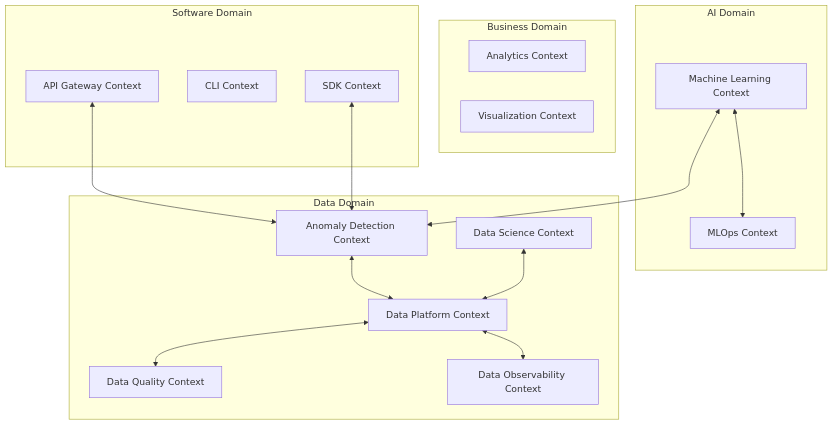
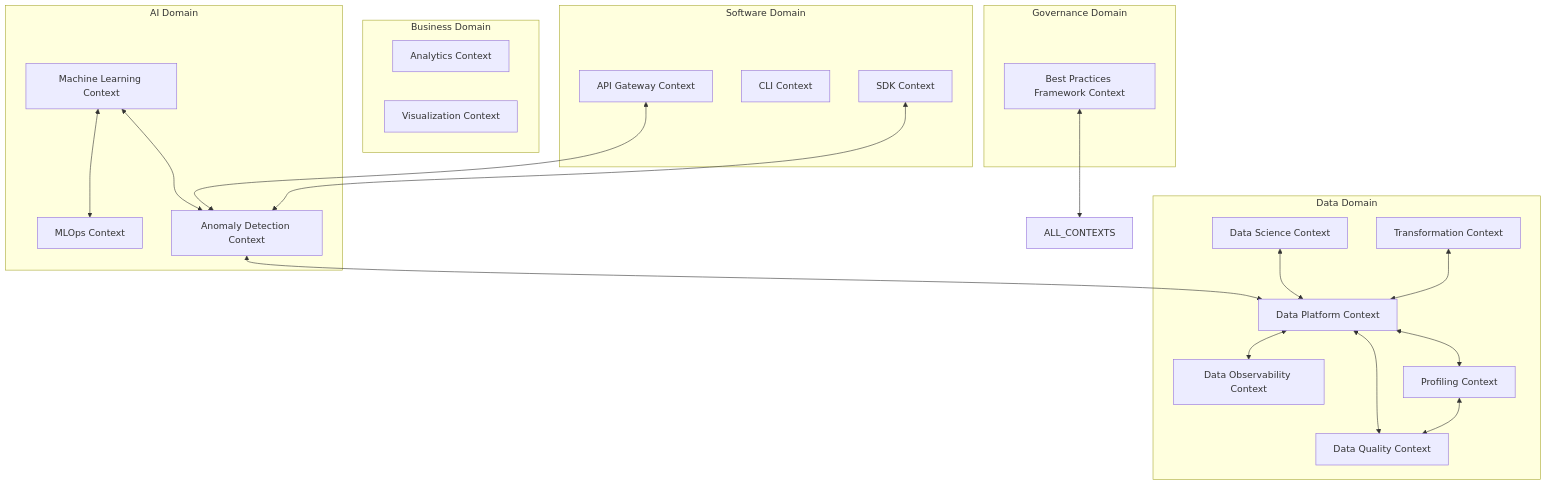
Before and after one commit to elgerytme/Pynomaly: the diagram in docs/COMPLETE_DOMAIN_BOUNDED_CONTEXTS_CATALOG.md, drawn with Mermaid. The commit also changed other lines of this file and 127 other files, not shown here.

````diff
--- a/docs/COMPLETE_DOMAIN_BOUNDED_CONTEXTS_CATALOG.md
+++ b/docs/COMPLETE_DOMAIN_BOUNDED_CONTEXTS_CATALOG.md
@@ -23,35 +23,45 @@
 ```mermaid
 graph TB
     subgraph "AI Domain"
         ML[Machine Learning Context]
         MLOPS[MLOps Context]
+        AD[Anomaly Detection Context]
     end
     
     subgraph "Data Domain"
-        AD[Anomaly Detection Context]
         DP[Data Platform Context]
         DS[Data Science Context]
         DQ[Data Quality Context]
         DO[Data Observability Context]
+        PROF[Profiling Context]
+        TRANS[Transformation Context]
     end
     
     subgraph "Business Domain"
         AG[Analytics Context]
         VIZ[Visualization Context]
     end
     
     subgraph "Software Domain"
         API[API Gateway Context]
         CLI[CLI Context]
         SDK[SDK Context]
     end
     
+    subgraph "Governance Domain"
+        BP[Best Practices Framework Context]
+    end
+    
     ML <--> MLOPS
+    ML <--> AD
     AD <--> DP
     DP <--> DQ
     DP <--> DO
+    DP <--> PROF
     DS <--> DP
-    ML <--> AD
+    PROF <--> DQ
+    TRANS <--> DP
     API <--> AD
     SDK <--> AD
+    BP <--> ALL_CONTEXTS
 ```
````
